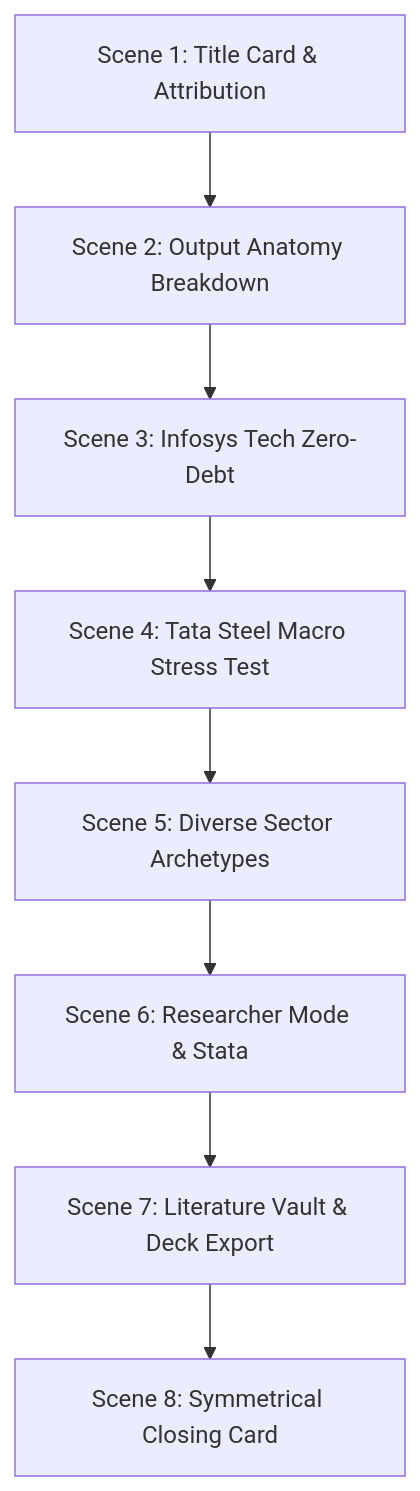
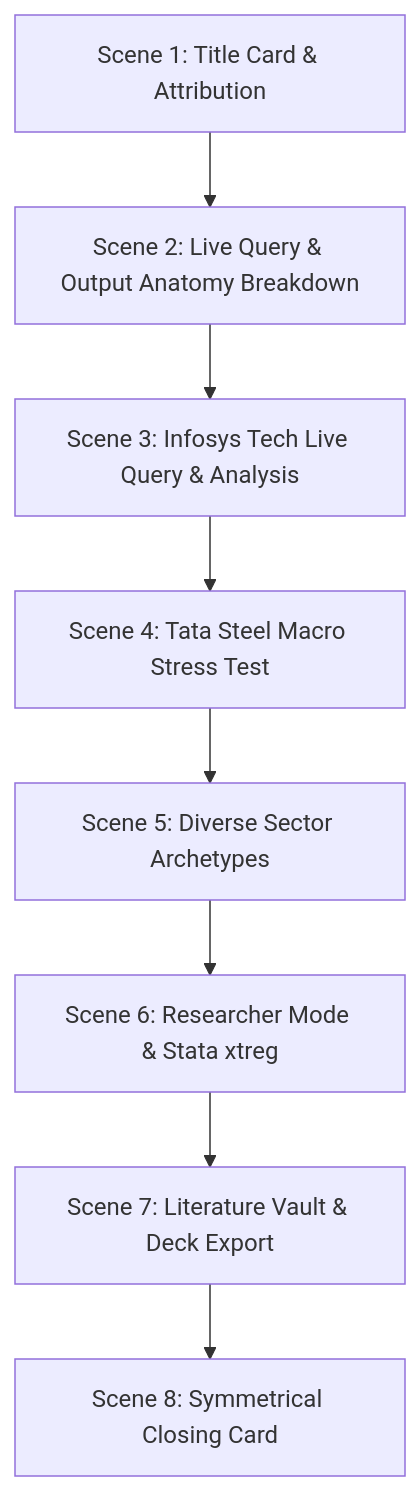
The diagram in docs/operations/ai_chatbot_recordly_master_prompt.md (drbhatiasanjay/ProfSurProject), drawn with Mermaid before and after one commit. The commit also changed other lines of this file and 8 other files, not shown here.

````diff
--- a/docs/operations/ai_chatbot_recordly_master_prompt.md
+++ b/docs/operations/ai_chatbot_recordly_master_prompt.md
@@ -81,10 +84,10 @@
 ```mermaid
 graph TD
-    A[Scene 1: Title Card & Attribution] --> B[Scene 2: Output Anatomy Breakdown]
-    B --> C[Scene 3: Infosys Tech Zero-Debt]
+    A[Scene 1: Title Card & Attribution] --> B[Scene 2: Live Query & Output Anatomy Breakdown]
+    B --> C[Scene 3: Infosys Tech Live Query & Analysis]
     C --> D[Scene 4: Tata Steel Macro Stress Test]
     D --> E[Scene 5: Diverse Sector Archetypes]
-    E --> F[Scene 6: Researcher Mode & Stata]
+    E --> F[Scene 6: Researcher Mode & Stata xtreg]
     F --> G[Scene 7: Literature Vault & Deck Export]
     G --> H[Scene 8: Symmetrical Closing Card]
 ```
````
